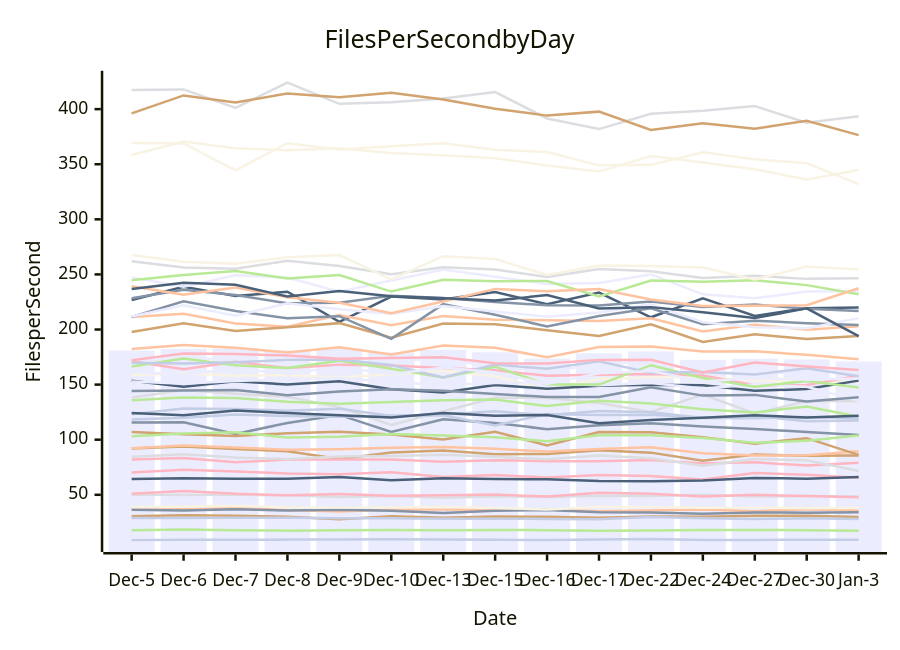
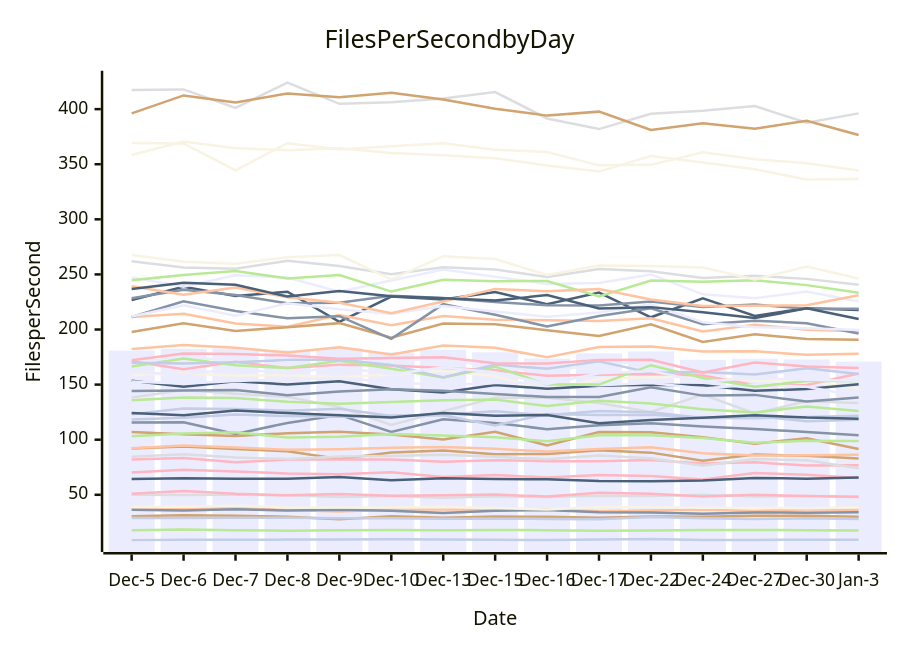
The diagram in perf-report.md (streetsidesoftware/cspell), drawn with Mermaid before and after one commit. The commit also changed other lines of this file and 1 other file, not shown here.

````diff
--- a/perf-report.md
+++ b/perf-report.md
@@ -10,57 +10,57 @@
 ```mermaid
 xychart-beta
     title Files Per Second by Day
     y-axis Files per Second
     x-axis Date [Dec-5, Dec-6, Dec-7, Dec-8, Dec-9, Dec-10, Dec-13, Dec-15, Dec-16, Dec-17, Dec-22, Dec-24, Dec-27, Dec-30, Jan-3]
-    bar [180.86, 182.42, 182.83, 180.95, 182.95, 179.19, 181.65, 179.36, 173.64, 178.43, 180.09, 172.48, 173.54, 172.79, 170.99]
-    line [115.50, 115.87, 105.20, 115.20, 122.48, 107.06, 118.54, 115.18, 109.59, 113.00, 115.03, 111.88, 109.68, 107.07, 104.21]
-    line [36.55, 36.94, 38.11, 36.16, 34.90, 36.59, 36.61, 36.51, 36.62, 35.07, 35.79, 36.55, 35.09, 36.98, 35.84]
-    line [138.36, 145.16, 141.72, 138.92, 129.58, 113.42, 125.88, 138.00, 137.98, 133.31, 125.20, 140.89, 123.76, 134.99, 135.15]
-    line [135.71, 138.36, 137.92, 134.36, 132.66, 134.27, 135.78, 136.38, 130.55, 135.39, 132.89, 127.54, 124.61, 130.19, 120.78]
-    line [91.97, 93.82, 91.60, 89.44, 82.46, 88.30, 90.18, 86.83, 87.07, 90.37, 88.26, 80.81, 86.47, 85.34, 85.70]
-    line [8.86, 9.19, 9.24, 9.33, 9.47, 9.61, 9.47, 9.27, 8.94, 9.45, 9.78, 8.90, 9.07, 9.12, 9.17]
-    line [82.13, 83.39, 79.45, 81.95, 82.06, 81.96, 79.96, 81.37, 80.53, 80.51, 81.49, 78.49, 79.44, 76.50, 79.10]
-    line [226.75, 238.77, 230.39, 234.25, 206.87, 229.87, 227.19, 234.07, 222.96, 233.49, 211.10, 228.39, 212.27, 219.38, 220.06]
-    line [158.70, 160.32, 157.97, 158.53, 156.72, 159.18, 162.67, 157.64, 145.39, 155.01, 156.77, 157.19, 153.46, 153.21, 152.43]
-    line [247.30, 238.91, 249.28, 247.23, 234.36, 244.44, 254.37, 247.88, 241.35, 242.19, 249.98, 231.90, 228.38, 234.40, 234.65]
-    line [36.40, 35.75, 36.91, 35.78, 36.33, 35.41, 33.56, 35.56, 36.21, 34.19, 33.89, 32.69, 33.95, 33.78, 34.23]
-    line [92.21, 94.67, 92.84, 90.85, 91.43, 92.60, 93.37, 91.85, 89.18, 91.59, 93.06, 87.76, 85.72, 85.81, 89.59]
-    line [417.32, 417.87, 401.19, 424.05, 404.78, 406.35, 409.54, 415.50, 391.53, 381.89, 395.71, 398.52, 402.79, 387.60, 393.53]
-    line [17.91, 18.52, 17.91, 17.46, 17.89, 18.13, 17.78, 18.13, 17.93, 17.37, 17.53, 18.08, 17.97, 17.93, 17.30]
-    line [30.63, 31.36, 30.89, 30.17, 27.90, 30.55, 29.22, 30.21, 30.10, 29.27, 30.24, 30.04, 30.99, 30.88, 29.85]
-    line [123.07, 128.36, 127.97, 126.37, 128.11, 121.50, 122.96, 125.85, 122.14, 126.07, 124.95, 119.60, 119.43, 120.64, 119.14]
-    line [70.27, 72.65, 71.06, 69.32, 68.69, 70.43, 66.11, 67.91, 65.71, 68.06, 67.11, 63.78, 69.83, 68.15, 65.56]
-    line [153.46, 148.08, 152.95, 150.14, 153.13, 145.78, 142.78, 149.53, 146.32, 148.93, 149.89, 149.32, 144.39, 145.93, 153.60]
-    line [38.95, 39.16, 39.98, 38.54, 38.36, 38.36, 38.81, 38.12, 36.63, 38.97, 38.70, 38.32, 38.26, 37.85, 38.10]
-    line [170.24, 174.62, 172.41, 159.51, 174.62, 171.51, 173.65, 165.49, 162.20, 168.07, 171.52, 161.55, 160.38, 161.25, 163.50]
-    line [228.42, 235.98, 231.28, 223.81, 224.38, 230.73, 228.56, 225.00, 222.02, 221.71, 225.51, 220.33, 222.69, 218.79, 216.86]
-    line [211.25, 214.29, 205.55, 202.50, 213.14, 203.97, 212.22, 208.88, 208.37, 207.77, 210.28, 198.12, 204.40, 199.78, 202.87]
-    line [84.45, 86.85, 83.80, 82.54, 84.79, 85.17, 86.33, 84.51, 82.32, 85.67, 83.25, 76.44, 82.43, 81.41, 71.67]
-    line [244.77, 249.57, 253.00, 246.33, 249.46, 234.43, 245.12, 243.88, 243.97, 230.01, 244.43, 243.32, 244.74, 240.28, 231.91]
-    line [197.69, 205.56, 198.75, 201.98, 205.78, 192.58, 205.45, 204.82, 199.34, 194.10, 204.78, 188.75, 195.62, 191.45, 194.10]
-    line [118.39, 119.81, 122.77, 121.45, 120.76, 121.79, 122.20, 112.97, 123.23, 122.39, 122.57, 119.82, 121.66, 116.64, 117.40]
-    line [171.12, 163.98, 170.66, 165.03, 168.12, 167.40, 165.15, 163.12, 158.04, 158.90, 159.56, 158.26, 149.38, 149.63, 158.07]
-    line [64.34, 65.01, 64.46, 64.51, 66.15, 63.18, 64.91, 64.35, 64.10, 62.51, 62.39, 63.01, 65.26, 64.66, 66.07]
-    line [358.41, 370.56, 364.48, 362.78, 364.44, 360.18, 358.05, 355.49, 348.84, 343.31, 357.38, 351.53, 345.39, 336.17, 344.74]
-    line [152.74, 150.88, 153.33, 154.58, 156.25, 152.15, 149.54, 151.43, 151.38, 149.35, 151.56, 146.50, 150.10, 148.04, 135.51]
-    line [211.40, 225.62, 216.82, 210.15, 212.06, 191.55, 223.01, 213.39, 202.82, 212.32, 219.19, 204.86, 207.97, 205.76, 203.99]
-    line [182.27, 185.97, 183.39, 179.18, 183.86, 177.29, 185.44, 183.45, 174.84, 184.02, 184.52, 180.06, 180.25, 176.99, 172.93]
-    line [50.03, 49.80, 49.98, 49.59, 47.97, 48.84, 47.30, 48.59, 47.94, 49.07, 48.96, 49.98, 48.46, 48.82, 48.35]
-    line [166.33, 173.70, 167.47, 165.08, 171.54, 164.38, 156.51, 166.27, 150.03, 149.99, 167.61, 155.99, 148.15, 153.37, 147.46]
-    line [106.94, 104.99, 103.46, 105.91, 107.21, 104.66, 100.11, 107.13, 94.87, 107.05, 106.83, 102.33, 96.35, 101.39, 86.21]
-    line [28.83, 29.04, 29.09, 29.10, 28.75, 28.65, 28.35, 28.26, 28.09, 27.81, 29.86, 28.77, 27.94, 28.71, 28.12]
-    line [50.85, 53.51, 50.97, 49.51, 50.73, 49.15, 49.54, 50.29, 48.39, 51.90, 50.84, 48.41, 49.94, 48.88, 47.84]
-    line [124.27, 122.27, 126.51, 124.16, 122.14, 120.17, 124.20, 121.82, 122.30, 114.99, 117.98, 119.98, 122.26, 120.11, 121.82]
-    line [369.35, 368.90, 344.39, 369.08, 363.46, 366.29, 369.00, 363.03, 361.09, 348.96, 349.43, 360.81, 354.60, 350.95, 332.01]
-    line [211.89, 221.99, 212.41, 223.76, 218.34, 214.11, 221.23, 216.34, 211.66, 215.40, 222.98, 206.68, 202.06, 201.20, 210.33]
-    line [144.20, 144.71, 145.14, 140.38, 143.82, 145.78, 144.45, 141.51, 138.80, 138.75, 147.65, 140.01, 140.67, 134.58, 138.60]
-    line [239.27, 231.52, 238.08, 229.24, 224.19, 214.79, 225.36, 236.86, 234.70, 236.77, 227.25, 221.39, 221.64, 222.00, 237.43]
-    line [261.91, 256.38, 255.24, 262.31, 257.60, 250.13, 256.58, 254.55, 247.67, 254.88, 252.93, 246.70, 248.73, 245.95, 246.62]
-    line [103.06, 105.64, 106.80, 101.95, 102.69, 105.10, 103.83, 102.19, 98.64, 104.01, 104.04, 101.53, 97.16, 99.08, 103.76]
-    line [396.11, 412.42, 405.98, 414.20, 410.80, 414.80, 408.65, 400.36, 394.11, 397.72, 381.16, 387.10, 382.18, 389.40, 376.40]
-    line [169.78, 169.21, 170.29, 172.44, 172.82, 167.78, 156.48, 168.20, 164.35, 171.17, 160.66, 161.47, 159.18, 164.75, 157.67]
-    line [172.07, 178.26, 177.85, 176.41, 173.41, 174.24, 174.74, 169.36, 169.15, 172.44, 172.46, 160.97, 170.04, 166.42, 163.23]
-    line [236.67, 242.41, 240.69, 229.87, 234.86, 230.17, 228.31, 226.27, 231.21, 219.13, 220.31, 215.56, 210.39, 219.17, 193.96]
-    line [267.54, 261.60, 259.75, 265.50, 267.60, 245.47, 266.55, 263.96, 249.42, 258.13, 257.62, 256.30, 245.45, 257.10, 254.53]
-    line [161.29, 159.50, 164.08, 160.40, 166.00, 159.37, 165.42, 161.29, 150.68, 160.30, 162.32, 152.82, 156.10, 154.49, 155.58]
+    bar [180.86, 182.42, 182.83, 180.95, 182.95, 179.19, 181.65, 179.36, 173.64, 178.43, 180.09, 172.48, 173.54, 172.79, 170.90]
+    line [115.50, 115.87, 105.20, 115.20, 122.48, 107.06, 118.54, 115.18, 109.59, 113.00, 115.03, 111.88, 109.68, 107.07, 103.94]
+    line [36.55, 36.94, 38.11, 36.16, 34.90, 36.59, 36.61, 36.51, 36.62, 35.07, 35.79, 36.55, 35.09, 36.98, 36.16]
+    line [138.36, 145.16, 141.72, 138.92, 129.58, 113.42, 125.88, 138.00, 137.98, 133.31, 125.20, 140.89, 123.76, 134.99, 133.34]
+    line [135.71, 138.36, 137.92, 134.36, 132.66, 134.27, 135.78, 136.38, 130.55, 135.39, 132.89, 127.54, 124.61, 130.19, 126.07]
+    line [91.97, 93.82, 91.60, 89.44, 82.46, 88.30, 90.18, 86.83, 87.07, 90.37, 88.26, 80.81, 86.47, 85.34, 82.91]
+    line [8.86, 9.19, 9.24, 9.33, 9.47, 9.61, 9.47, 9.27, 8.94, 9.45, 9.78, 8.90, 9.07, 9.12, 9.14]
+    line [82.13, 83.39, 79.45, 81.95, 82.06, 81.96, 79.96, 81.37, 80.53, 80.51, 81.49, 78.49, 79.44, 76.50, 76.88]
+    line [226.75, 238.77, 230.39, 234.25, 206.87, 229.87, 227.19, 234.07, 222.96, 233.49, 211.10, 228.39, 212.27, 219.38, 217.80]
+    line [158.70, 160.32, 157.97, 158.53, 156.72, 159.18, 162.67, 157.64, 145.39, 155.01, 156.77, 157.19, 153.46, 153.21, 146.23]
+    line [247.30, 238.91, 249.28, 247.23, 234.36, 244.44, 254.37, 247.88, 241.35, 242.19, 249.98, 231.90, 228.38, 234.40, 225.35]
+    line [36.40, 35.75, 36.91, 35.78, 36.33, 35.41, 33.56, 35.56, 36.21, 34.19, 33.89, 32.69, 33.95, 33.78, 34.13]
+    line [92.21, 94.67, 92.84, 90.85, 91.43, 92.60, 93.37, 91.85, 89.18, 91.59, 93.06, 87.76, 85.72, 85.81, 86.29]
+    line [417.32, 417.87, 401.19, 424.05, 404.78, 406.35, 409.54, 415.50, 391.53, 381.89, 395.71, 398.52, 402.79, 387.60, 396.14]
+    line [17.91, 18.52, 17.91, 17.46, 17.89, 18.13, 17.78, 18.13, 17.93, 17.37, 17.53, 18.08, 17.97, 17.93, 17.60]
+    line [30.63, 31.36, 30.89, 30.17, 27.90, 30.55, 29.22, 30.21, 30.10, 29.27, 30.24, 30.04, 30.99, 30.88, 30.15]
+    line [123.07, 128.36, 127.97, 126.37, 128.11, 121.50, 122.96, 125.85, 122.14, 126.07, 124.95, 119.60, 119.43, 120.64, 121.79]
+    line [70.27, 72.65, 71.06, 69.32, 68.69, 70.43, 66.11, 67.91, 65.71, 68.06, 67.11, 63.78, 69.83, 68.15, 65.22]
+    line [153.46, 148.08, 152.95, 150.14, 153.13, 145.78, 142.78, 149.53, 146.32, 148.93, 149.89, 149.32, 144.39, 145.93, 150.27]
+    line [38.95, 39.16, 39.98, 38.54, 38.36, 38.36, 38.81, 38.12, 36.63, 38.97, 38.70, 38.32, 38.26, 37.85, 38.59]
+    line [170.24, 174.62, 172.41, 159.51, 174.62, 171.51, 173.65, 165.49, 162.20, 168.07, 171.52, 161.55, 160.38, 161.25, 164.25]
+    line [228.42, 235.98, 231.28, 223.81, 224.38, 230.73, 228.56, 225.00, 222.02, 221.71, 225.51, 220.33, 222.69, 218.79, 218.83]
+    line [211.25, 214.29, 205.55, 202.50, 213.14, 203.97, 212.22, 208.88, 208.37, 207.77, 210.28, 198.12, 204.40, 199.78, 198.43]
+    line [84.45, 86.85, 83.80, 82.54, 84.79, 85.17, 86.33, 84.51, 82.32, 85.67, 83.25, 76.44, 82.43, 81.41, 74.13]
+    line [244.77, 249.57, 253.00, 246.33, 249.46, 234.43, 245.12, 243.88, 243.97, 230.01, 244.43, 243.32, 244.74, 240.28, 233.41]
+    line [197.69, 205.56, 198.75, 201.98, 205.78, 192.58, 205.45, 204.82, 199.34, 194.10, 204.78, 188.75, 195.62, 191.45, 190.71]
+    line [118.39, 119.81, 122.77, 121.45, 120.76, 121.79, 122.20, 112.97, 123.23, 122.39, 122.57, 119.82, 121.66, 116.64, 118.10]
+    line [171.12, 163.98, 170.66, 165.03, 168.12, 167.40, 165.15, 163.12, 158.04, 158.90, 159.56, 158.26, 149.38, 149.63, 160.08]
+    line [64.34, 65.01, 64.46, 64.51, 66.15, 63.18, 64.91, 64.35, 64.10, 62.51, 62.39, 63.01, 65.26, 64.66, 65.65]
+    line [358.41, 370.56, 364.48, 362.78, 364.44, 360.18, 358.05, 355.49, 348.84, 343.31, 357.38, 351.53, 345.39, 336.17, 336.58]
+    line [152.74, 150.88, 153.33, 154.58, 156.25, 152.15, 149.54, 151.43, 151.38, 149.35, 151.56, 146.50, 150.10, 148.04, 139.43]
+    line [211.40, 225.62, 216.82, 210.15, 212.06, 191.55, 223.01, 213.39, 202.82, 212.32, 219.19, 204.86, 207.97, 205.76, 196.38]
+    line [182.27, 185.97, 183.39, 179.18, 183.86, 177.29, 185.44, 183.45, 174.84, 184.02, 184.52, 180.06, 180.25, 176.99, 178.06]
+    line [50.03, 49.80, 49.98, 49.59, 47.97, 48.84, 47.30, 48.59, 47.94, 49.07, 48.96, 49.98, 48.46, 48.82, 48.71]
+    line [166.33, 173.70, 167.47, 165.08, 171.54, 164.38, 156.51, 166.27, 150.03, 149.99, 167.61, 155.99, 148.15, 153.37, 153.29]
+    line [106.94, 104.99, 103.46, 105.91, 107.21, 104.66, 100.11, 107.13, 94.87, 107.05, 106.83, 102.33, 96.35, 101.39, 91.60]
+    line [28.83, 29.04, 29.09, 29.10, 28.75, 28.65, 28.35, 28.26, 28.09, 27.81, 29.86, 28.77, 27.94, 28.71, 27.98]
+    line [50.85, 53.51, 50.97, 49.51, 50.73, 49.15, 49.54, 50.29, 48.39, 51.90, 50.84, 48.41, 49.94, 48.88, 48.09]
+    line [124.27, 122.27, 126.51, 124.16, 122.14, 120.17, 124.20, 121.82, 122.30, 114.99, 117.98, 119.98, 122.26, 120.11, 119.12]
+    line [369.35, 368.90, 344.39, 369.08, 363.46, 366.29, 369.00, 363.03, 361.09, 348.96, 349.43, 360.81, 354.60, 350.95, 344.31]
+    line [211.89, 221.99, 212.41, 223.76, 218.34, 214.11, 221.23, 216.34, 211.66, 215.40, 222.98, 206.68, 202.06, 201.20, 199.49]
+    line [144.20, 144.71, 145.14, 140.38, 143.82, 145.78, 144.45, 141.51, 138.80, 138.75, 147.65, 140.01, 140.67, 134.58, 138.30]
+    line [239.27, 231.52, 238.08, 229.24, 224.19, 214.79, 225.36, 236.86, 234.70, 236.77, 227.25, 221.39, 221.64, 222.00, 231.11]
+    line [261.91, 256.38, 255.24, 262.31, 257.60, 250.13, 256.58, 254.55, 247.67, 254.88, 252.93, 246.70, 248.73, 245.95, 240.67]
+    line [103.06, 105.64, 106.80, 101.95, 102.69, 105.10, 103.83, 102.19, 98.64, 104.01, 104.04, 101.53, 97.16, 99.08, 98.88]
+    line [396.11, 412.42, 405.98, 414.20, 410.80, 414.80, 408.65, 400.36, 394.11, 397.72, 381.16, 387.10, 382.18, 389.40, 376.57]
+    line [169.78, 169.21, 170.29, 172.44, 172.82, 167.78, 156.48, 168.20, 164.35, 171.17, 160.66, 161.47, 159.18, 164.75, 159.63]
+    line [172.07, 178.26, 177.85, 176.41, 173.41, 174.24, 174.74, 169.36, 169.15, 172.44, 172.46, 160.97, 170.04, 166.42, 165.10]
+    line [236.67, 242.41, 240.69, 229.87, 234.86, 230.17, 228.31, 226.27, 231.21, 219.13, 220.31, 215.56, 210.39, 219.17, 209.48]
+    line [267.54, 261.60, 259.75, 265.50, 267.60, 245.47, 266.55, 263.96, 249.42, 258.13, 257.62, 256.30, 245.45, 257.10, 246.29]
+    line [161.29, 159.50, 164.08, 160.40, 166.00, 159.37, 165.42, 161.29, 150.68, 160.30, 162.32, 152.82, 156.10, 154.49, 153.56]
 ```
````
